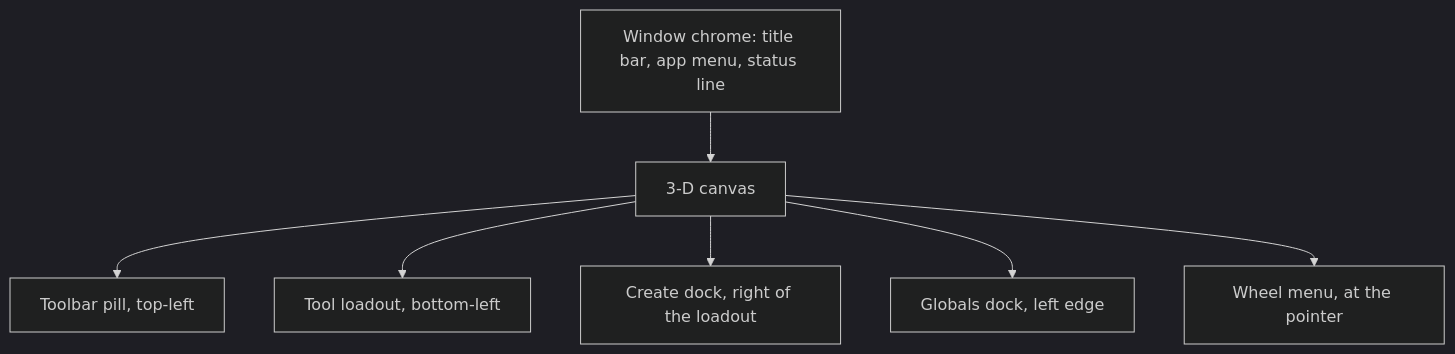
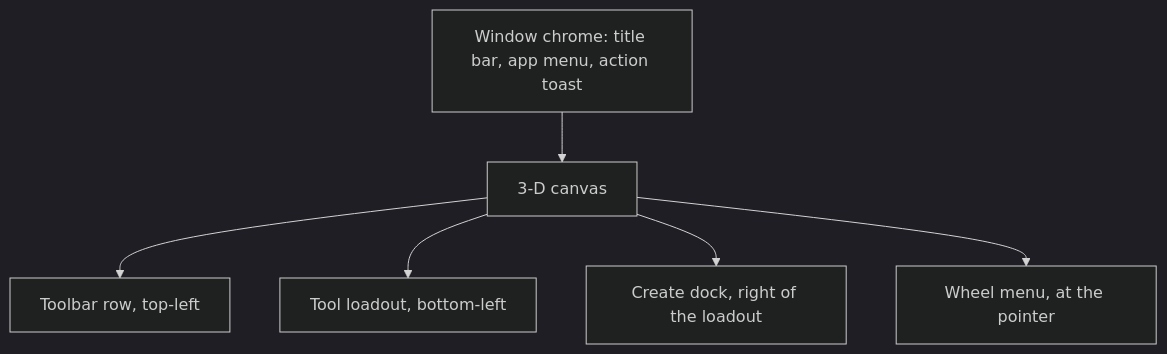
One commit to ferrocad/ferrocad changed the diagram in docs/user/explanation/ui-controls.md. Above: the diagram before and after it, drawn with Mermaid (dark theme). The commit also changed other lines of this file and 131 other files, not shown here.

First line of the commit message:
redesign(shell): chrome, toast feed, form fields and contiguous hotkeys

````diff
--- a/docs/user/explanation/ui-controls.md
+++ b/docs/user/explanation/ui-controls.md
@@ -23,16 +23,14 @@
 ```mermaid
 flowchart TD
-    Frame["Window chrome: title bar, app menu, status line"]
+    Frame["Window chrome: title bar, app menu, action toast"]
     Canvas["3-D canvas"]
-    Header["Toolbar pill, top-left"]
+    Header["Toolbar row, top-left"]
     Loadout["Tool loadout, bottom-left"]
     Create["Create dock, right of the loadout"]
-    Dock["Globals dock, left edge"]
     Wheel["Wheel menu, at the pointer"]
     Frame --> Canvas
     Canvas --> Header
     Canvas --> Loadout
     Canvas --> Create
-    Canvas --> Dock
     Canvas --> Wheel
 ```
````
